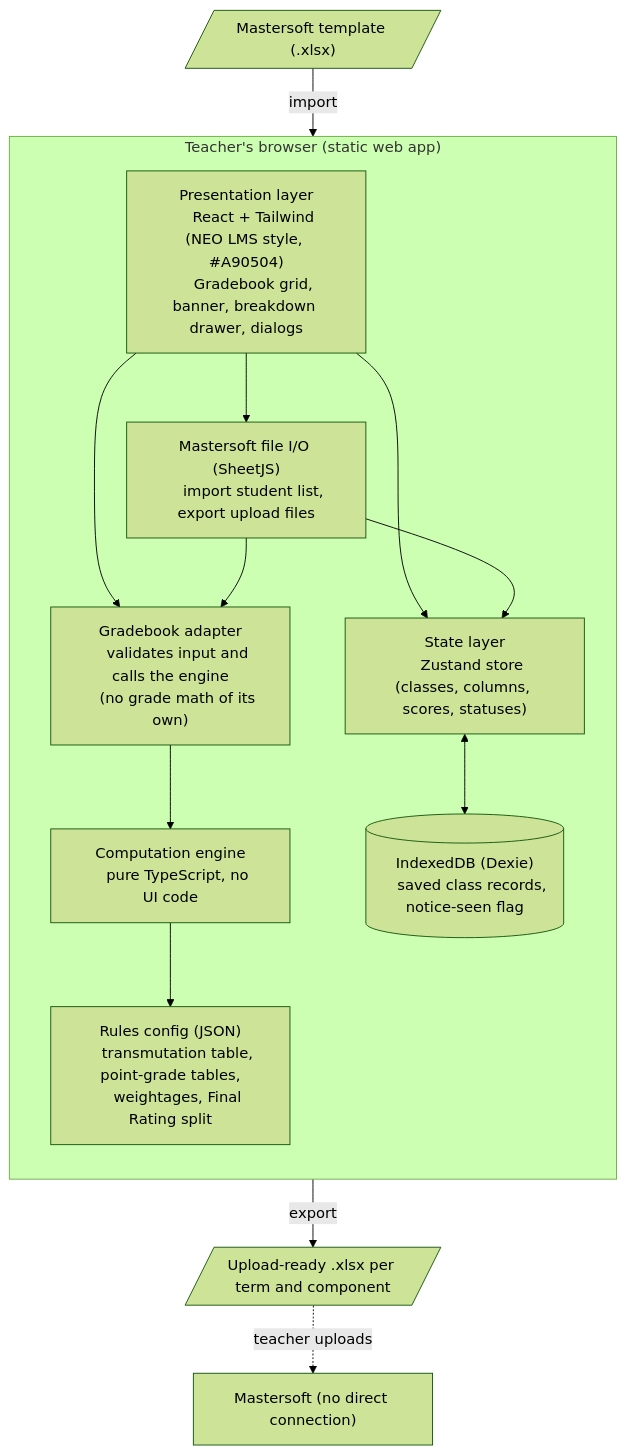
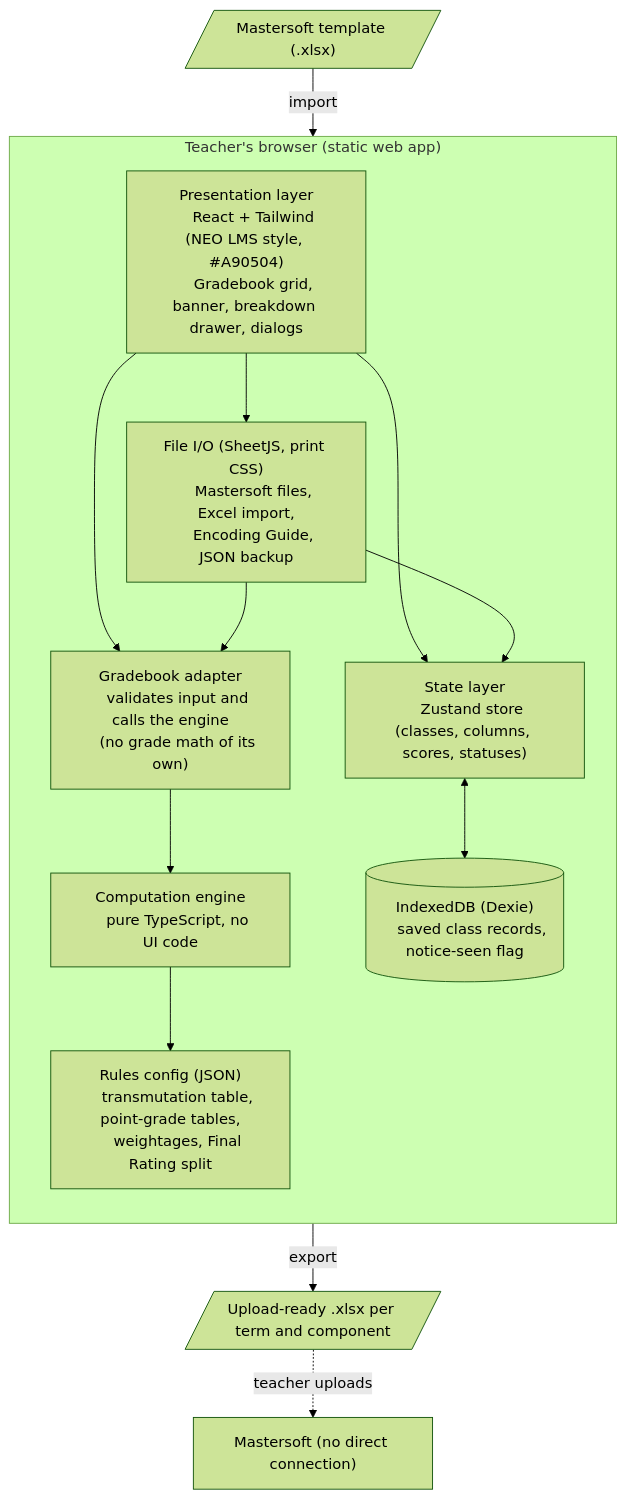
One commit to mjbadorable/Mastersoft-Grade-Encoding-Assistant changed the first of 3 diagrams in README.md. Above: the diagram before and after it, drawn with Mermaid (forest theme). The commit also changed other lines of this file and 37 other files, not shown here.

````diff
--- a/README.md
+++ b/README.md
@@ -54,36 +58,37 @@
 ```mermaid
 flowchart TB
   subgraph Browser["Teacher's browser (static web app)"]
     direction TB
     UI["Presentation layer
     React + Tailwind (NEO LMS style, #A90504)
     Gradebook grid, banner, breakdown drawer, dialogs"]
     STATE["State layer
     Zustand store (classes, columns, scores, statuses)"]
     ADAPTER["Gradebook adapter
     validates input and calls the engine
     (no grade math of its own)"]
     ENGINE["Computation engine
     pure TypeScript, no UI code"]
     RULES["Rules config (JSON)
     transmutation table, point-grade tables,
     weightages, Final Rating split"]
-    IO["Mastersoft file I/O (SheetJS)
-    import student list, export upload files"]
+    IO["File I/O (SheetJS, print CSS)
+    Mastersoft files, Excel import,
+    Encoding Guide, JSON backup"]
     DB[("IndexedDB (Dexie)
     saved class records, notice-seen flag")]
 
     UI --> STATE
     UI --> ADAPTER
     ADAPTER --> ENGINE
     ENGINE --> RULES
     STATE <--> DB
     UI --> IO
     IO --> STATE
     IO --> ADAPTER
   end
 
   MS_IN[/"Mastersoft template (.xlsx)"/] -->|"import"| IO
   IO -->|"export"| MS_OUT[/"Upload-ready .xlsx per term and component"/]
   MS_OUT -.->|"teacher uploads"| MASTERSOFT["Mastersoft (no direct connection)"]
 ```
````
